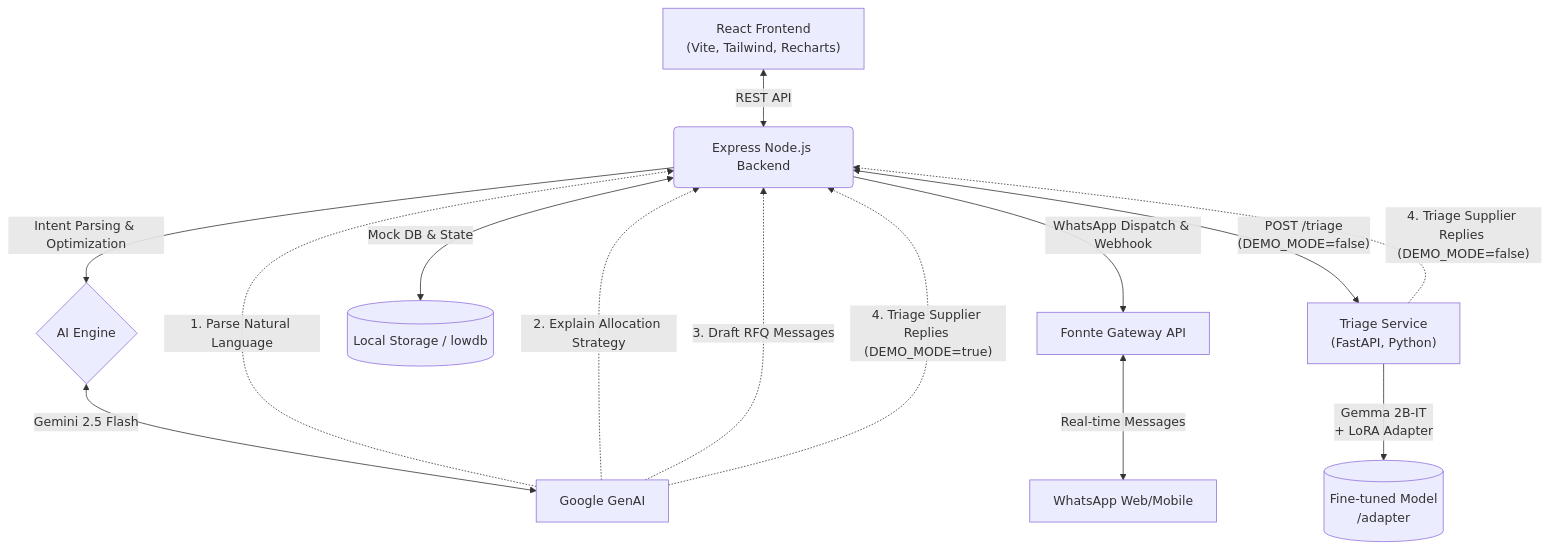
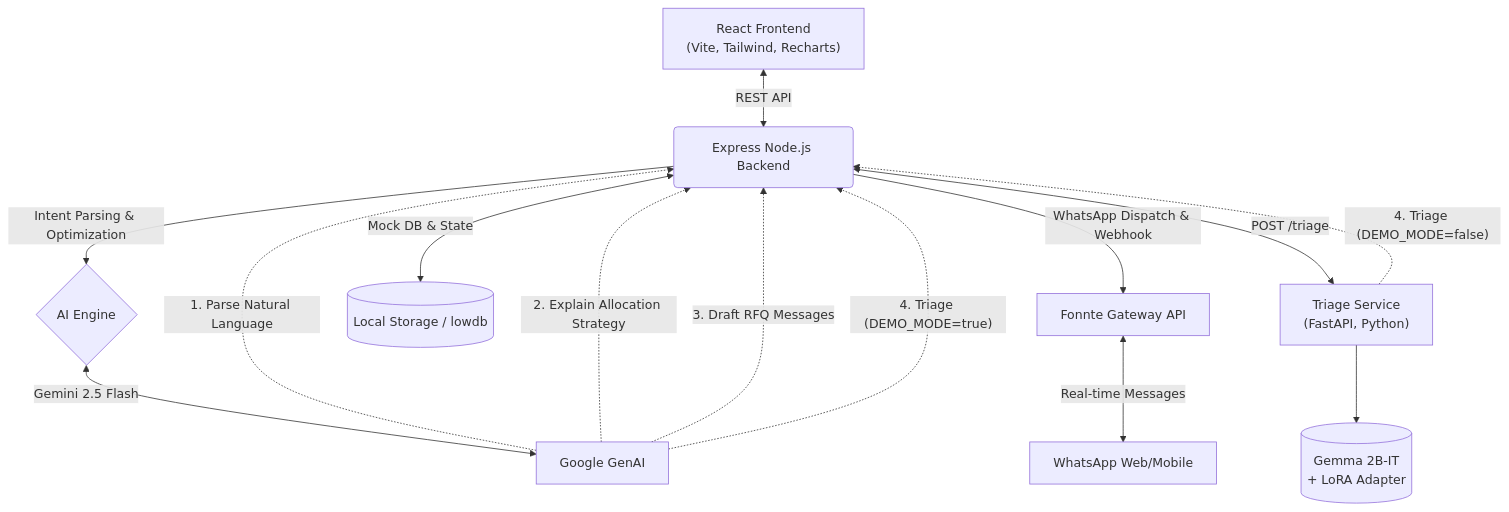
The diagram in README.md (DavidLauda/Pasokin), drawn with Mermaid before and after one commit.

Commit message:
fix: fixed overlap in architecture overview

````diff
--- a/README.md
+++ b/README.md
@@ -7,23 +7,23 @@
 ```mermaid
 graph TD
-    A["React Frontend <br/>(Vite, Tailwind, Recharts)"] <-->|REST API| B(Express Node.js Backend)
-    
+    A["React Frontend\n(Vite, Tailwind, Recharts)"] <-->|REST API| B(Express Node.js Backend)
+
     B -->|Intent Parsing & Optimization| C{AI Engine}
     C <-->|Gemini 2.5 Flash| D[Google GenAI]
-    
+
     B -->|WhatsApp Dispatch & Webhook| E[Fonnte Gateway API]
     E <-->|Real-time Messages| F[WhatsApp Web/Mobile]
-    
+
     B <-->|Mock DB & State| G[(Local Storage / lowdb)]
-    
+
     %% Triage Service - Gemma 2B + LoRA adapter
-    B <-->|"POST /triage <br/>(DEMO_MODE=false)"| H["Triage Service <br/>(FastAPI, Python)"]
-    H -->|"Gemma 2B-IT <br/>+ LoRA Adapter"| I[("Fine-tuned Model <br/>/adapter")]
+    B <-->|POST /triage| H["Triage Service\n(FastAPI, Python)"]
+    H --> I[("Gemma 2B-IT\n+ LoRA Adapter")]
 
     %% AI Use Cases
     D -.->|1. Parse Natural Language| B
     D -.->|2. Explain Allocation Strategy| B
     D -.->|3. Draft RFQ Messages| B
-    D -.->|"4. Triage Supplier Replies <br/>(DEMO_MODE=true)"| B
-    H -.->|"4. Triage Supplier Replies <br/>(DEMO_MODE=false)"| B
+    D -.->|"4. Triage (DEMO_MODE=true)"| B
+    H -.->|"4. Triage (DEMO_MODE=false)"| B
 ```
````
